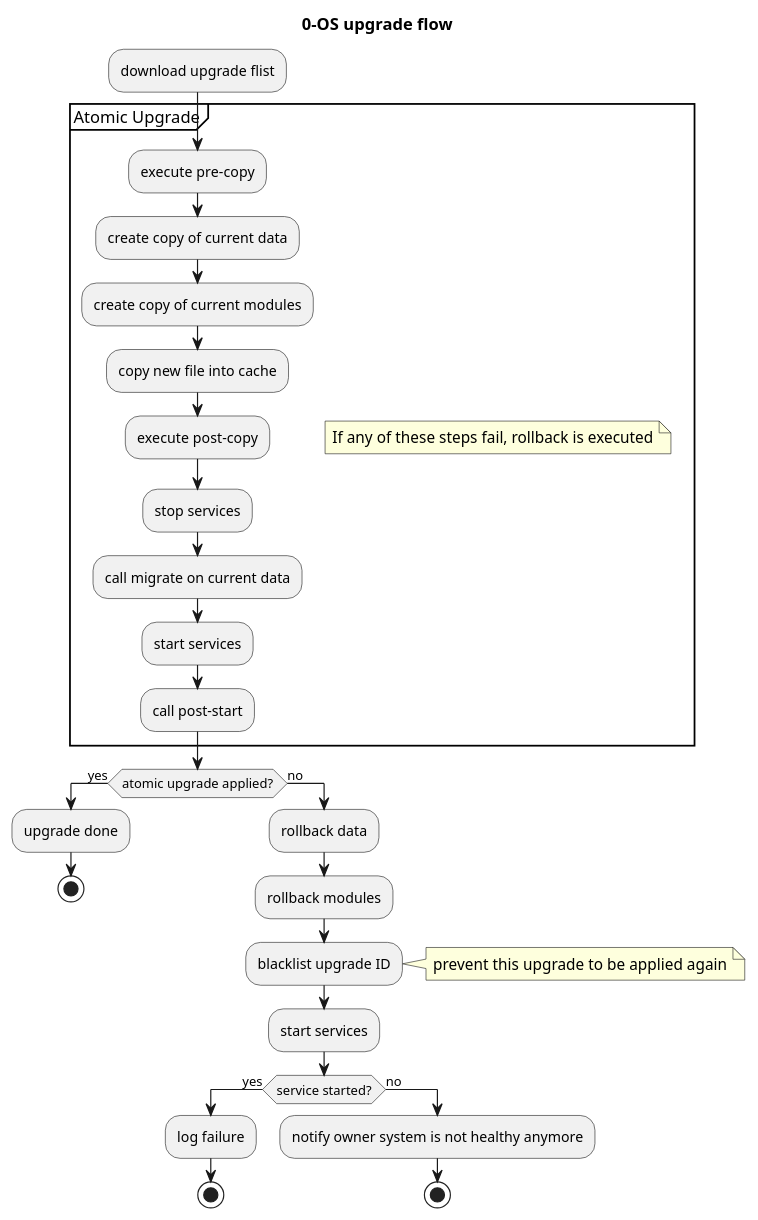
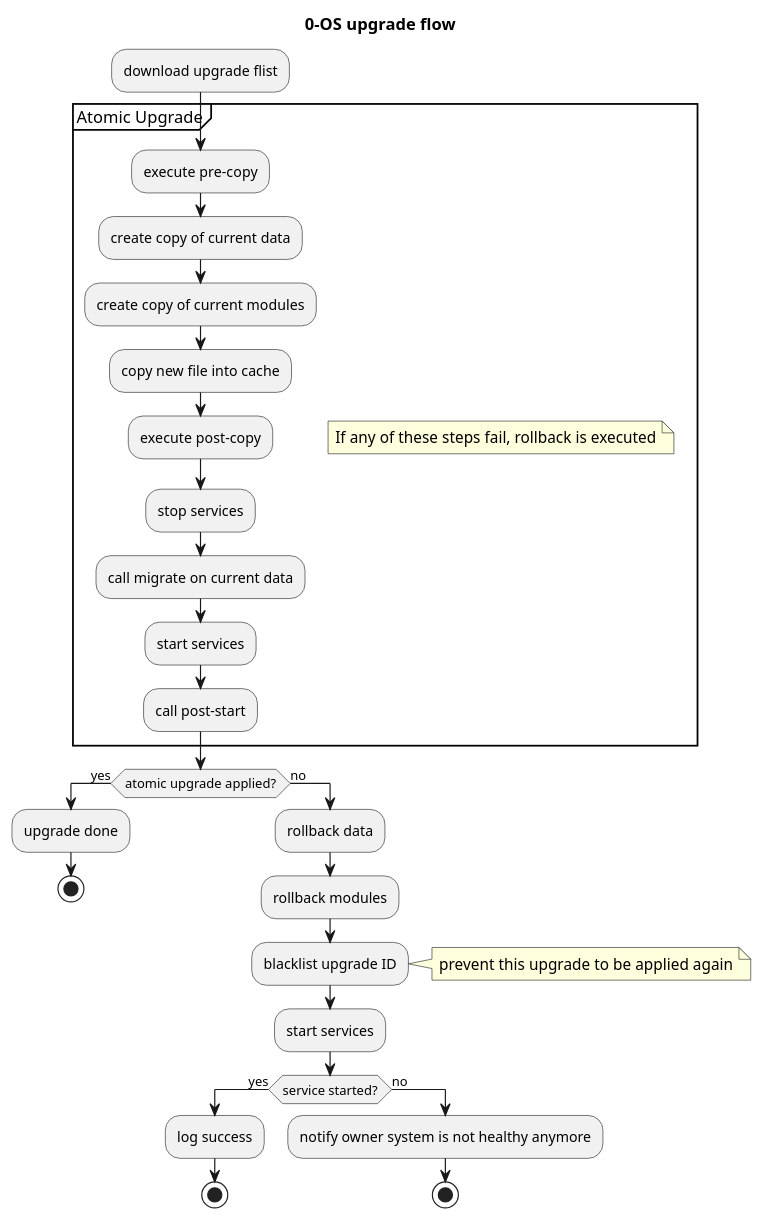
The diagram in specs/upgrade/upgrade_flow.pu (threefoldtech/zos), drawn with PlantUML before and after one commit.

```diff
--- a/specs/upgrade/upgrade_flow.pu
+++ b/specs/upgrade/upgrade_flow.pu
@@ -1,36 +1,36 @@
 @startuml
 
 title 0-OS upgrade flow
 
 :download upgrade flist;
 partition "Atomic Upgrade" {
     floating note right: If any of these steps fail, rollback is executed
     :execute pre-copy;
     :create copy of current data;
     :create copy of current modules;
     :copy new file into cache;
     :execute post-copy;
     :stop services;
     :call migrate on current data;
     :start services;
     :call post-start;
 }
 if (atomic upgrade applied?) then (yes)
   :upgrade done;
   stop
 else (no)
   :rollback data;
   :rollback modules;
   :blacklist upgrade ID;
   note right: prevent this upgrade to be applied again
   :start services;
   if (service started?) then (yes)
-   :log failure;
+   :log success;
     stop
   else (no)
     :notify owner system is not healthy anymore;
     stop
   endif
 endif
 
 @enduml
```
